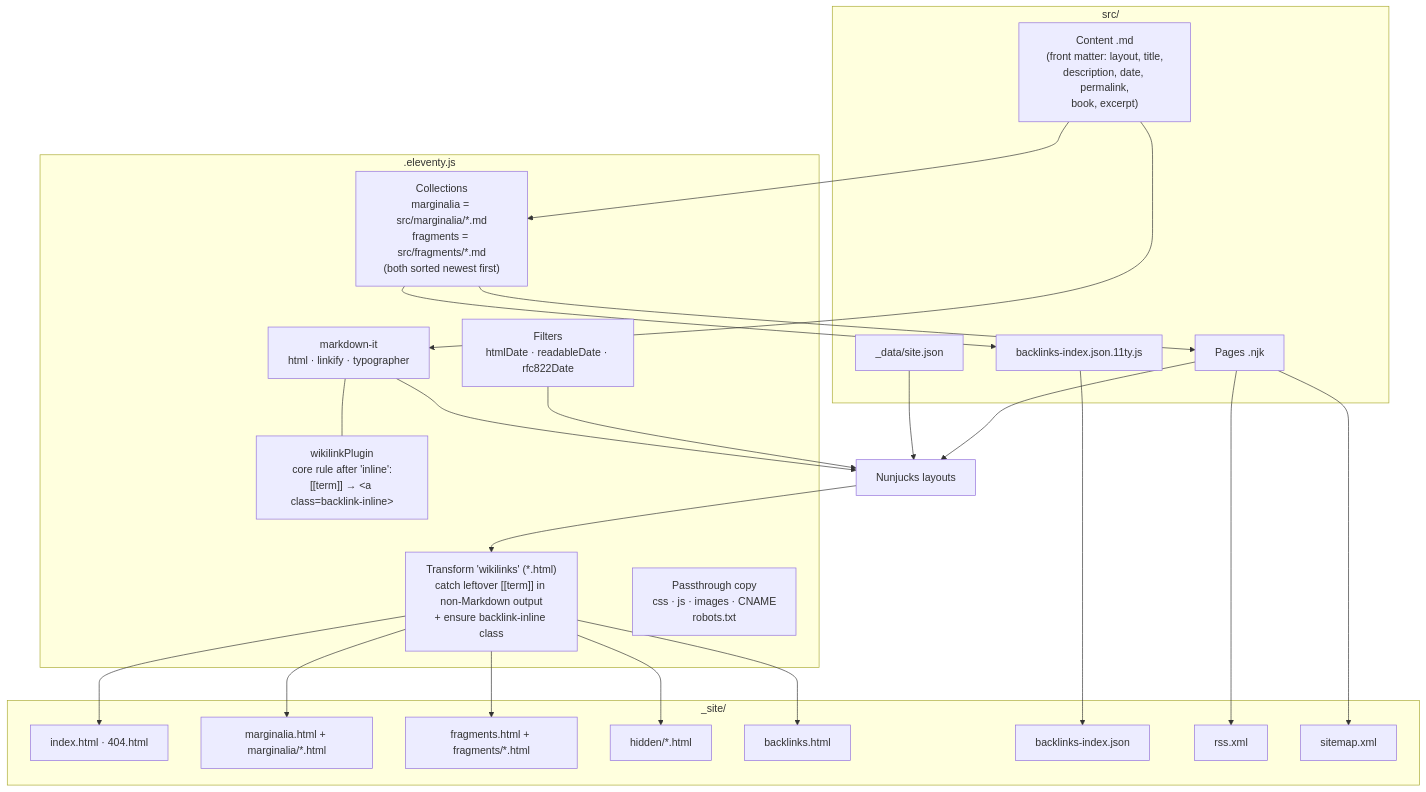
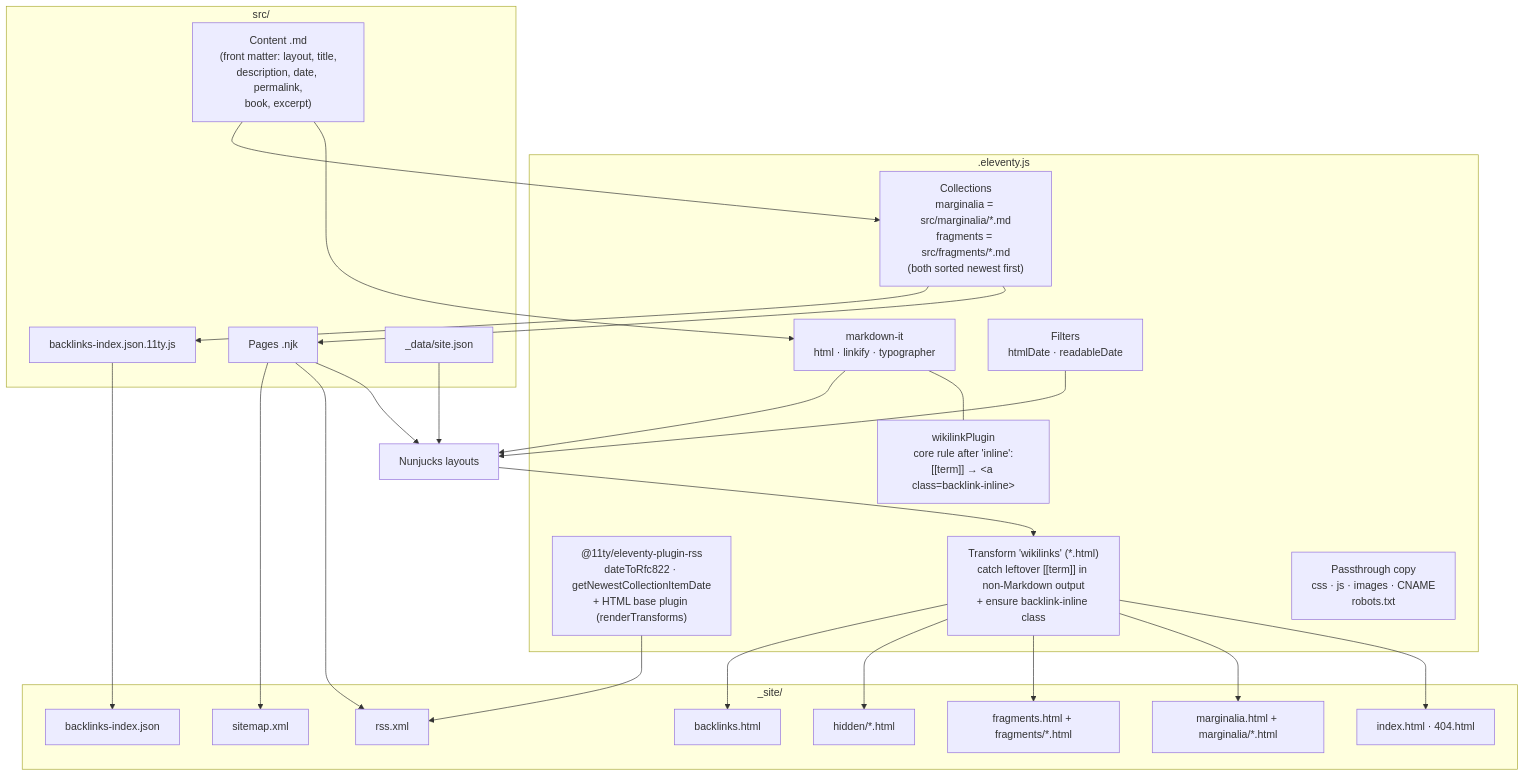
One commit to raoul-g/raoulyy-blog changed the fourth of 9 diagrams in ARCHITECTURE.md. Above: the diagram before and after it, drawn with Mermaid. The commit also changed other lines of this file and 4 other files, not shown here.

First line of the commit message:
use the official RSS plugin for feed dates and absolute links

````diff
--- a/ARCHITECTURE.md
+++ b/ARCHITECTURE.md
@@ -116,42 +116,44 @@
 ```mermaid
 flowchart TB
     subgraph Config[".eleventy.js"]
         MDLIB["markdown-it<br/>html · linkify · typographer"]
         WLP["wikilinkPlugin<br/>core rule after 'inline':<br/>[[term]] → &lt;a class=backlink-inline&gt;"]
         COLL["Collections<br/>marginalia = src/marginalia/*.md<br/>fragments = src/fragments/*.md<br/>(both sorted newest first)"]
-        FILT["Filters<br/>htmlDate · readableDate · rfc822Date"]
+        FILT["Filters<br/>htmlDate · readableDate"]
+        RSSP["@11ty/eleventy-plugin-rss<br/>dateToRfc822 · getNewestCollectionItemDate<br/>+ HTML base plugin (renderTransforms)"]
         XFORM["Transform 'wikilinks' (*.html)<br/>catch leftover [[term]] in non-Markdown output<br/>+ ensure backlink-inline class"]
         PT["Passthrough copy<br/>css · js · images · CNAME<br/>robots.txt"]
         MDLIB --- WLP
     end
 
     subgraph Inputs["src/"]
         CM["Content .md<br/>(front matter: layout, title,<br/>description, date, permalink,<br/>book, excerpt)"]
         PG["Pages .njk"]
         BJ["backlinks-index.json.11ty.js"]
         SJ["_data/site.json"]
     end
 
     subgraph Outputs["_site/"]
         O1["index.html · 404.html"]
         O2["marginalia.html + marginalia/*.html"]
         O3["fragments.html + fragments/*.html"]
         O4["hidden/*.html"]
         O5["backlinks.html"]
         O6["backlinks-index.json"]
         O7["rss.xml"]
         O8["sitemap.xml"]
     end
 
     CM --> MDLIB --> LAYOUT["Nunjucks layouts"]
     CM --> COLL
     SJ --> LAYOUT
     PG --> LAYOUT
     COLL --> PG
     COLL --> BJ
     FILT --> LAYOUT
     LAYOUT --> XFORM
     XFORM --> O1 & O2 & O3 & O4 & O5
     PG --> O7 & O8
+    RSSP --> O7
     BJ --> O6
 ```
````
